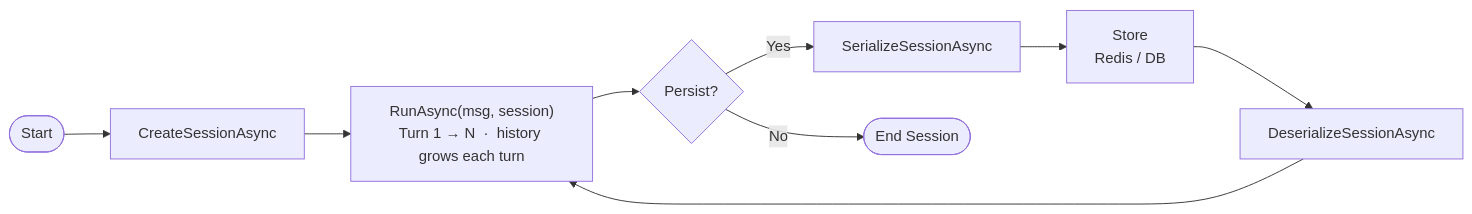
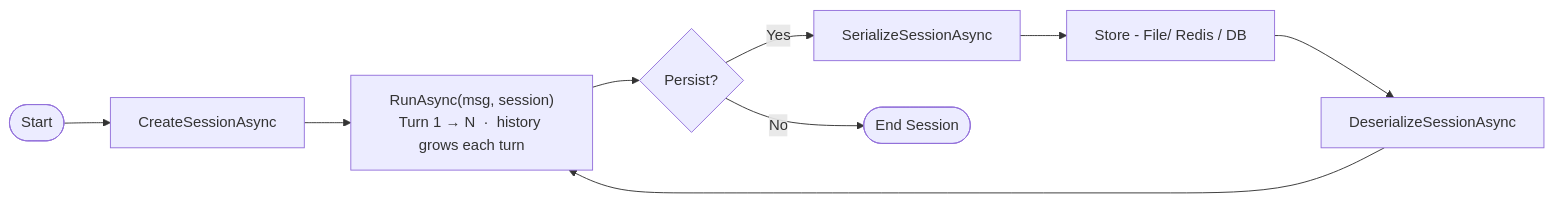
The diagram in samples/00-fundamentals/04-proper-session-multiturn/README.md (satyasyamnn/learning_agent_framework), drawn with Mermaid before and after one commit. The commit also changed other lines of this file and 2 other files, not shown here.

````diff
--- a/samples/00-fundamentals/04-proper-session-multiturn/README.md
+++ b/samples/00-fundamentals/04-proper-session-multiturn/README.md
@@ -46,6 +22,6 @@
 ```mermaid
 flowchart LR
     A([Start]) --> B[CreateSessionAsync] --> C["RunAsync(msg, session)\nTurn 1 → N  ·  history grows each turn"] --> P{Persist?}
-    P -- Yes --> G[SerializeSessionAsync] --> H[Store\nRedis / DB] --> I[DeserializeSessionAsync] --> C
+    P -- Yes --> G[SerializeSessionAsync] --> H[Store - File/ Redis / DB] --> I[DeserializeSessionAsync] --> C
     P -- No --> Z([End Session])
 ```
````
